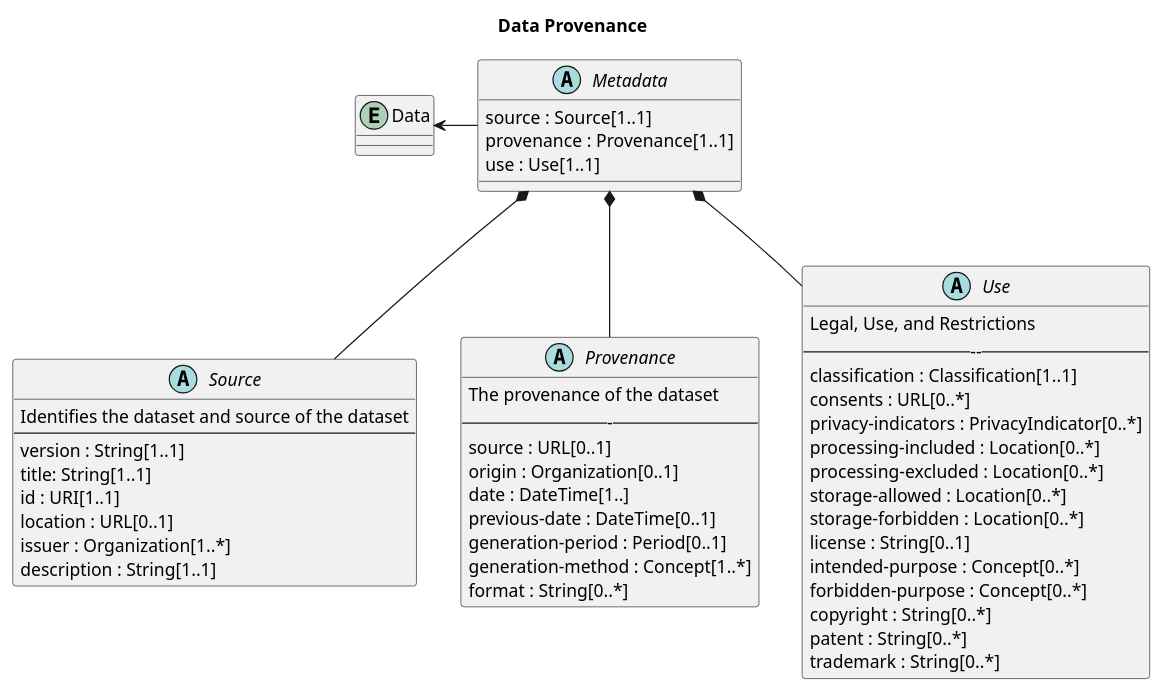
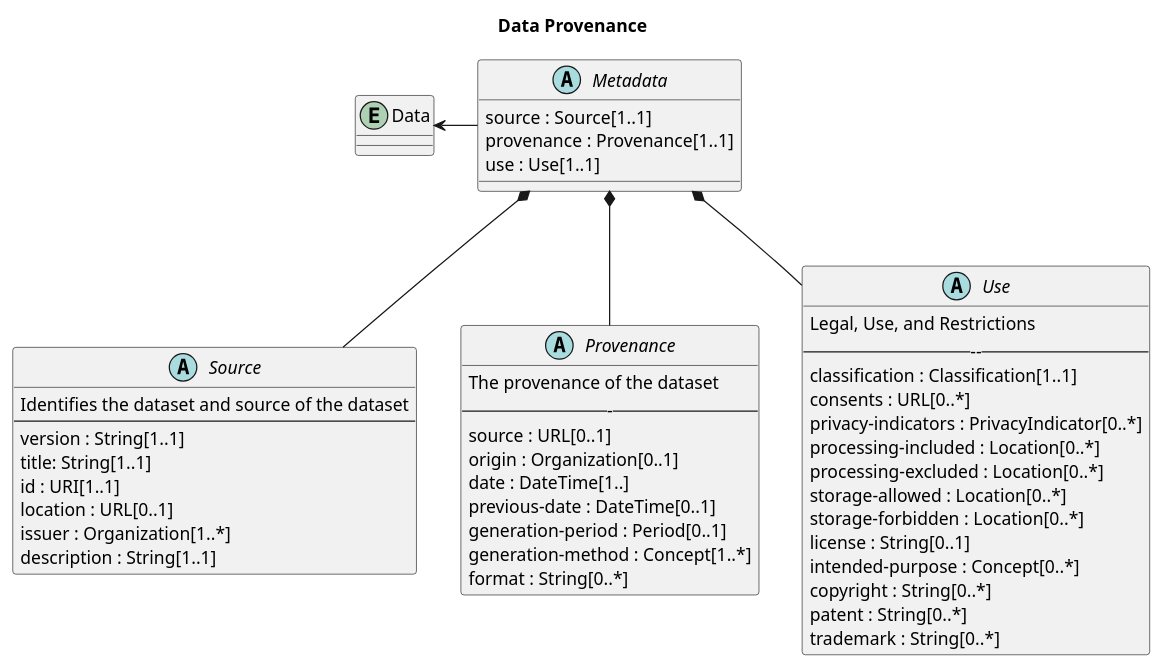
The diagram in ImageSource/metadata.plantuml (Data-and-Trust-Alliance/DPS), drawn with PlantUML before and after one commit. The commit also changed 4 other files, not shown here.

```diff
--- a/ImageSource/metadata.plantuml
+++ b/ImageSource/metadata.plantuml
@@ -1,59 +1,58 @@
 @startuml 
 title Data Provenance
 
 entity Data
 
 abstract class Metadata {
     source : Source[1..1]
     provenance : Provenance[1..1]
     use : Use[1..1]
 }
 
 Metadata *-down- Source 
 Metadata *-down- Provenance 
 Metadata *-down- Use 
 Metadata -left-> Data
 
 abstract class Source {
     Identifies the dataset and source of the dataset
     ----
     version : String[1..1]
     title: String[1..1]
     id : URI[1..1]
     location : URL[0..1]
     issuer : Organization[1..*]
     description : String[1..1]
 }
 
 abstract class Provenance {
     The provenance of the dataset
     -----
     source : URL[0..1]
     origin : Organization[0..1]
     date : DateTime[1..]
     previous-date : DateTime[0..1]
     generation-period : Period[0..1]
     generation-method : Concept[1..*]
     format : String[0..*]
 }
 
 abstract class Use {
     Legal, Use, and Restrictions
     ------
     classification : Classification[1..1]
     consents : URL[0..*]
     privacy-indicators : PrivacyIndicator[0..*]
     processing-included : Location[0..*]
     processing-excluded : Location[0..*]
     storage-allowed : Location[0..*]
     storage-forbidden : Location[0..*]
     license : String[0..1]
     intended-purpose : Concept[0..*]
-    forbidden-purpose : Concept[0..*]
     copyright : String[0..*]
     patent : String[0..*]
     trademark : String[0..*]
 }
 
 
 @enduml
```
